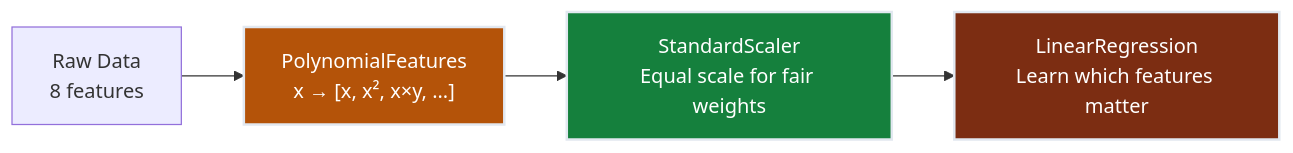
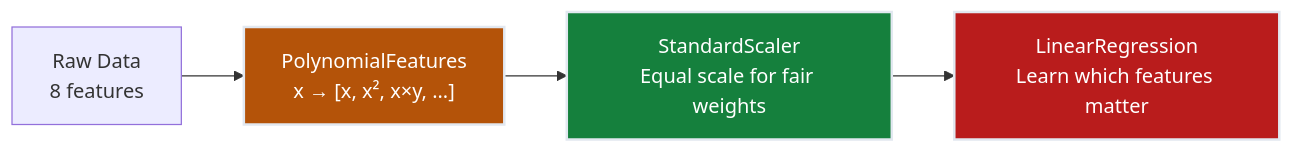
Before and after one commit to deepakshamsft/ai-portfolio: the second of 7 diagrams in notes/ML/01_regression/ch04_polynomial_features/README.md, drawn with Mermaid. The commit also changed other lines of this file and 5 other files, not shown here.

````diff
--- a/notes/ML/01_regression/ch04_polynomial_features/README.md
+++ b/notes/ML/01_regression/ch04_polynomial_features/README.md
@@ -164,10 +164,10 @@
 ```mermaid
 flowchart LR
     DATA["Raw Data<br/>8 features"] --> POLY["PolynomialFeatures<br/>x → [x, x², x×y, ...]"]
     POLY --> SCALE["StandardScaler<br/>Equal scale for fair weights"]
     SCALE --> FIT["LinearRegression<br/>Learn which features matter"]
     
     style POLY fill:#b45309,stroke:#e2e8f0,stroke-width:2px,color:#ffffff
     style SCALE fill:#15803d,stroke:#e2e8f0,stroke-width:2px,color:#ffffff
-    style FIT fill:#7c2d12,stroke:#e2e8f0,stroke-width:2px,color:#ffffff
+    style FIT fill:#b91c1c,stroke:#e2e8f0,stroke-width:2px,color:#ffffff
 ```
````
